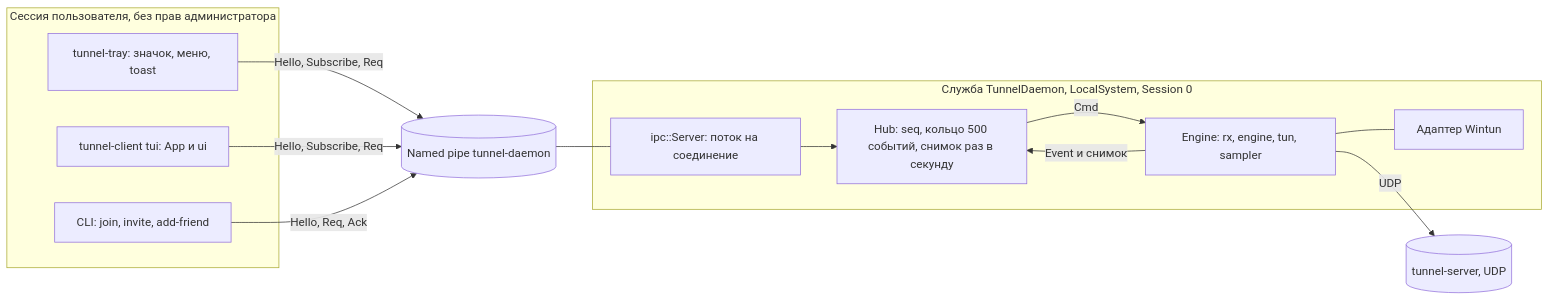
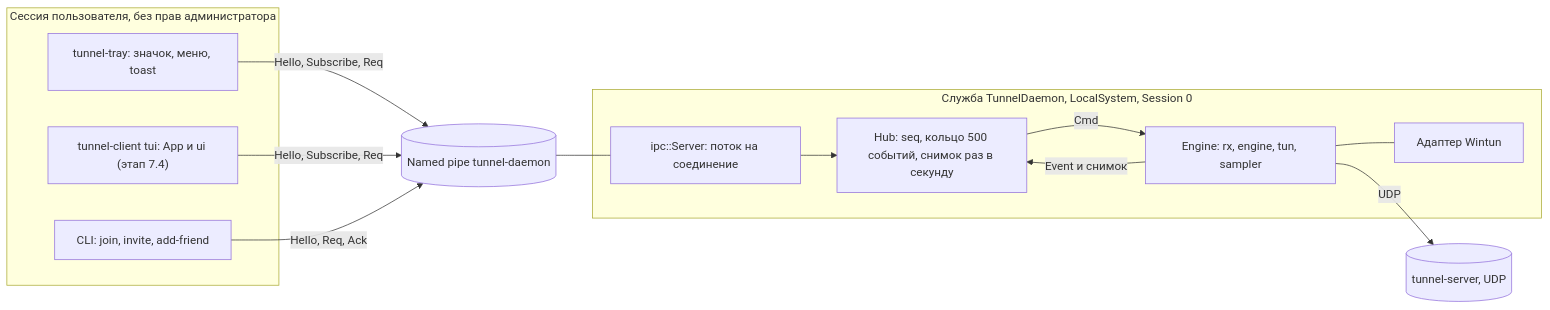
One commit to Kulmek/VoidLink2 changed the seventh of 7 diagrams in docs/ARCHITECTURE.md. Above: the diagram before and after it, drawn with Mermaid. The commit also changed other lines of this file and 17 other files, not shown here.

````diff
--- a/docs/ARCHITECTURE.md
+++ b/docs/ARCHITECTURE.md
@@ -450,26 +462,26 @@
 ```mermaid
 flowchart LR
     subgraph user ["Сессия пользователя, без прав администратора"]
         tray["tunnel-tray: значок, меню, toast"]
-        tui["tunnel-client tui: App и ui"]
+        tui["tunnel-client tui: App и ui (этап 7.4)"]
         cli["CLI: join, invite, add-friend"]
     end
     subgraph svc ["Служба TunnelDaemon, LocalSystem, Session 0"]
         ipcs["ipc::Server: поток на соединение"]
         hub["Hub: seq, кольцо 500 событий, снимок раз в секунду"]
         eng["Engine: rx, engine, tun, sampler"]
         wt["Адаптер Wintun"]
         ipcs --> hub
         hub -- "Cmd" --> eng
         eng -- "Event и снимок" --> hub
         eng --- wt
     end
     pipe[("Named pipe tunnel-daemon")]
     server[("tunnel-server, UDP")]
 
     tray -- "Hello, Subscribe, Req" --> pipe
     tui -- "Hello, Subscribe, Req" --> pipe
     cli -- "Hello, Req, Ack" --> pipe
     pipe --- ipcs
     eng -- "UDP" --> server
 ```
````
